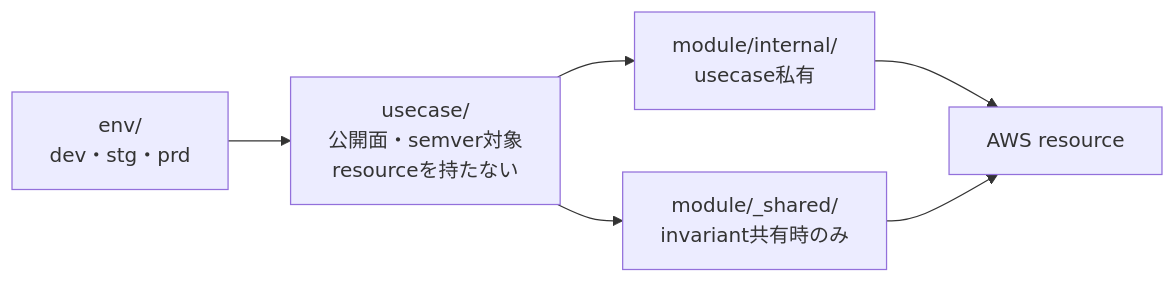
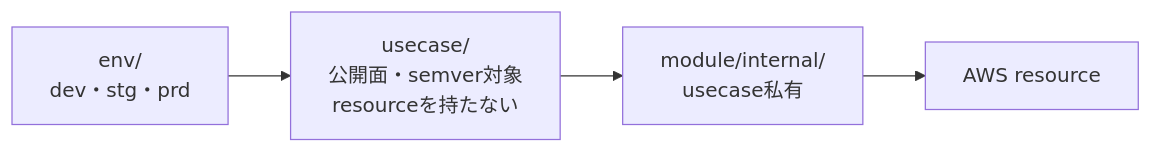
One commit to Tomy-ch/terraform-aws-boilerplate changed the diagram in docs/v1.0-plan/scope.md. Above: the diagram before and after it, drawn with Mermaid. The commit also changed other lines of this file and 6 other files, not shown here.

````diff
--- a/docs/v1.0-plan/scope.md
+++ b/docs/v1.0-plan/scope.md
@@ -69,8 +69,6 @@
 ```mermaid
 flowchart LR
   E["env/<br/>dev・stg・prd"] --> U["usecase/<br/>公開面・semver対象<br/>resourceを持たない"]
   U --> I["module/internal/<br/>usecase私有"]
-  U --> S["module/_shared/<br/>invariant共有時のみ"]
   I --> R["AWS resource"]
-  S --> R
 ```
````
